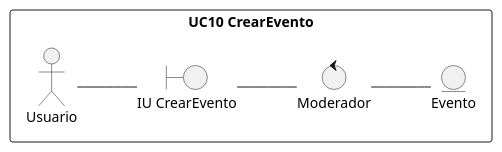
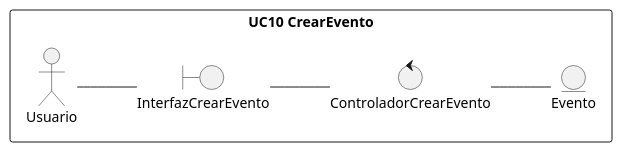
Before and after one commit to RolandoU548/Plataforma-Digital-IS: the diagram in docs/scenariosView/diagramas-de-analisis/DA10.plantuml, drawn with PlantUML. The commit also changed 15 other files, not shown here.

Commit message:
diagrama de clases de analisis

```diff
--- a/docs/scenariosView/diagramas-de-analisis/DA10.plantuml
+++ b/docs/scenariosView/diagramas-de-analisis/DA10.plantuml
@@ -1,30 +1,30 @@
-@startuml r11
+@startuml DA10
 /'
     Crear el diagrama de clases de análisis y de colaboración de los casos de uso prioritarios del proyecto.
 
     Para conseguir el diagrama de clases seguir los siguientes pasos:
 
     1. Identificar las clases Entidad (Modelo)
     2. Identificar las clases Interfaz (Vista)
     3. Identificar las clases Control (Controlador)
     4. Identificar las relaciones entre estas clases
     
     Este diagrama debe ser específico de un caso de uso y las clases deben ser representadas con sus estereotipos.
     
     Para conseguir el diagrama de colaboración, identifique las relaciones (enlaces) entre los objetos y los requerimientos (mensajes) sobre cada objeto involucrado en la descripción del caso de uso.
 '/
 left to right direction
 
 rectangle "UC10 CrearEvento"{
     actor Usuario 
     entity Evento as e1
-    boundary "IU CrearEvento" as i1
-    control "Moderador" as c1
+    boundary "InterfazCrearEvento" as i1
+    control "ControladorCrearEvento" as c1
 }
 Usuario -- i1
 i1 -- c1
 c1 -- e1
 
 
 
 @enduml
```
